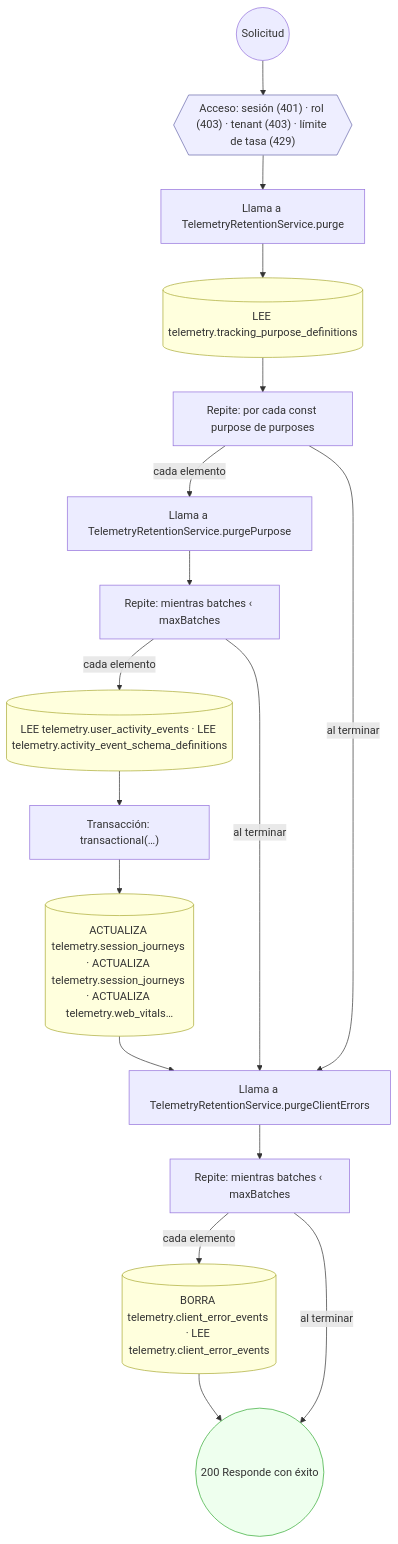
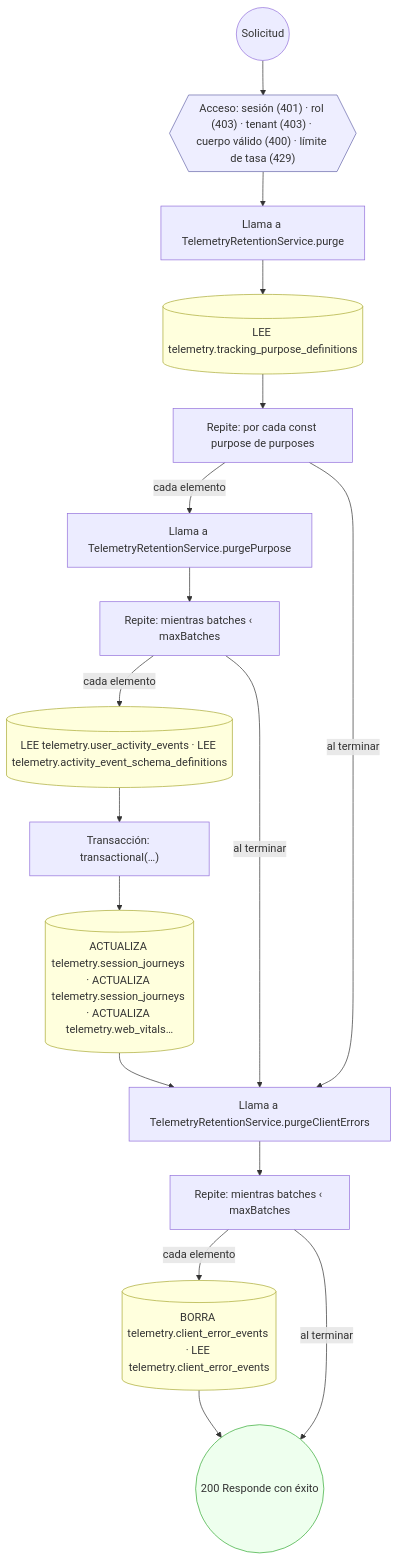
Before and after one commit to mdavila-2001/mantra-core-health-api: diagram 21 of 26 in docs/inventario/flujos/telemetry.md, drawn with Mermaid. The commit also changed other lines of this file and 118 other files, not shown here.

````diff
--- a/docs/inventario/flujos/telemetry.md
+++ b/docs/inventario/flujos/telemetry.md
@@ -1497,39 +1499,39 @@
 ```mermaid
 flowchart TD
   n1(("Solicitud")):::inicio
-  n2{{"Acceso: sesión (401) · rol (403) · tenant (403) · límite de tasa (429)"}}:::acceso
+  n2{{"Acceso: sesión (401) · rol (403) · tenant (403) · cuerpo válido (400) · límite de tasa (429)"}}:::acceso
   n1 --> n2
   n3["Llama a TelemetryRetentionService.purge"]:::llamada
   n2 --> n3
   n4[("LEE telemetry.tracking_purpose_definitions")]:::efecto
   n3 --> n4
   n5["Repite: por cada const purpose de purposes"]:::bucle
   n4 --> n5
   n6["Llama a TelemetryRetentionService.purgePurpose"]:::llamada
   n5 -->|"cada elemento"| n6
   n7["Repite: mientras batches ‹ maxBatches"]:::bucle
   n6 --> n7
   n8[("LEE telemetry.user_activity_events · LEE telemetry.activity_event_schema_definitions")]:::efecto
   n7 -->|"cada elemento"| n8
   n9["Transacción: transactional(…)"]:::transaccion
   n8 --> n9
   n10[("ACTUALIZA telemetry.session_journeys · ACTUALIZA telemetry.session_journeys · ACTUALIZA telemetry.web_vitals…")]:::efecto
   n9 --> n10
   n11["Llama a TelemetryRetentionService.purgeClientErrors"]:::llamada
   n10 --> n11
   n7 -->|"al terminar"| n11
   n5 -->|"al terminar"| n11
   n12["Repite: mientras batches ‹ maxBatches"]:::bucle
   n11 --> n12
   n13[("BORRA telemetry.client_error_events · LEE telemetry.client_error_events")]:::efecto
   n12 -->|"cada elemento"| n13
   n14(("200 Responde con éxito")):::ok
   n13 --> n14
   n12 -->|"al terminar"| n14
   classDef acceso fill:#eef,stroke:#66a
   classDef error fill:#fee,stroke:#c33
   classDef ok fill:#efe,stroke:#3a3
   classDef efecto fill:#ffd,stroke:#aa3
   classDef decision fill:#fff,stroke:#555
   classDef corte fill:#eee,stroke:#999,stroke-dasharray: 4
 ```
````
